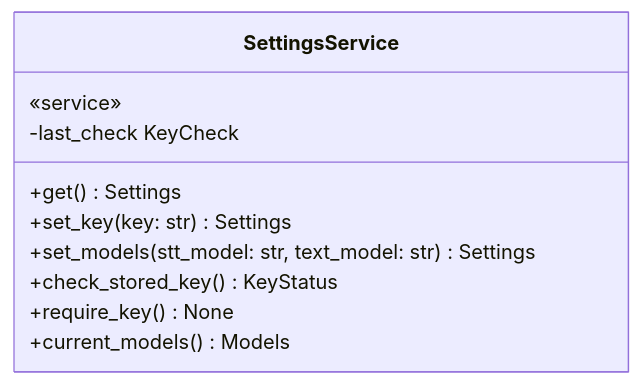
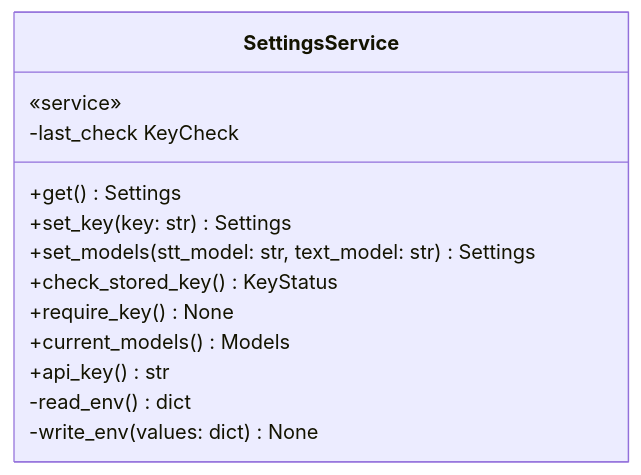
Before and after one commit to HoyoungParkme/video-agent: diagram 18 of 18 in docs/specs/06-DOM/VA-DOM-002.md, drawn with Mermaid. The commit also changed other lines of this file, not shown here.

Commit message:
되먹임 모아 닫기 — wake·worker(load_video), .env 제자리 쓰기, require_key 비동기, api_key, prompts/__init__·shared/timecode, 7장 정리

````diff
--- a/docs/specs/06-DOM/VA-DOM-002.md
+++ b/docs/specs/06-DOM/VA-DOM-002.md
@@ -913,13 +923,16 @@
 ```mermaid
 classDiagram
     class SettingsService {
         «service»
         +get() Settings
         +set_key(key: str) Settings
         +set_models(stt_model: str, text_model: str) Settings
         +check_stored_key() KeyStatus
         +require_key() None
         +current_models() Models
+        +api_key() str
+        -read_env() dict
+        -write_env(values: dict) None
         -last_check KeyCheck
     }
 ```
````
